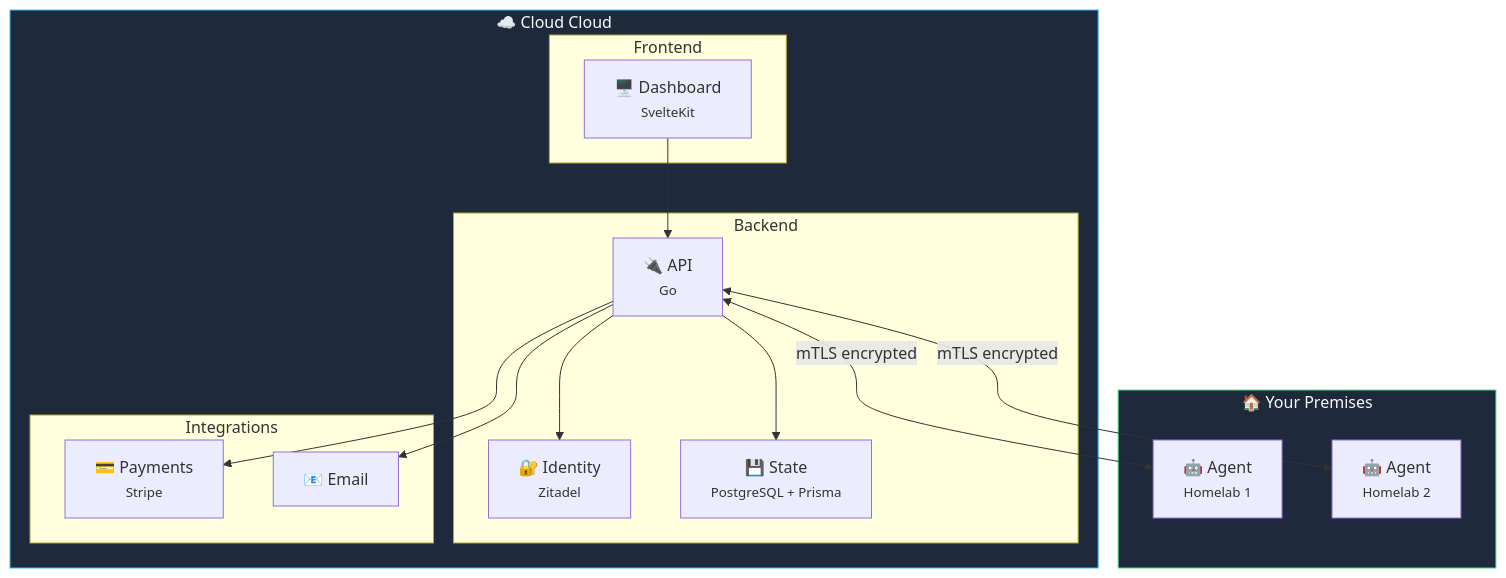
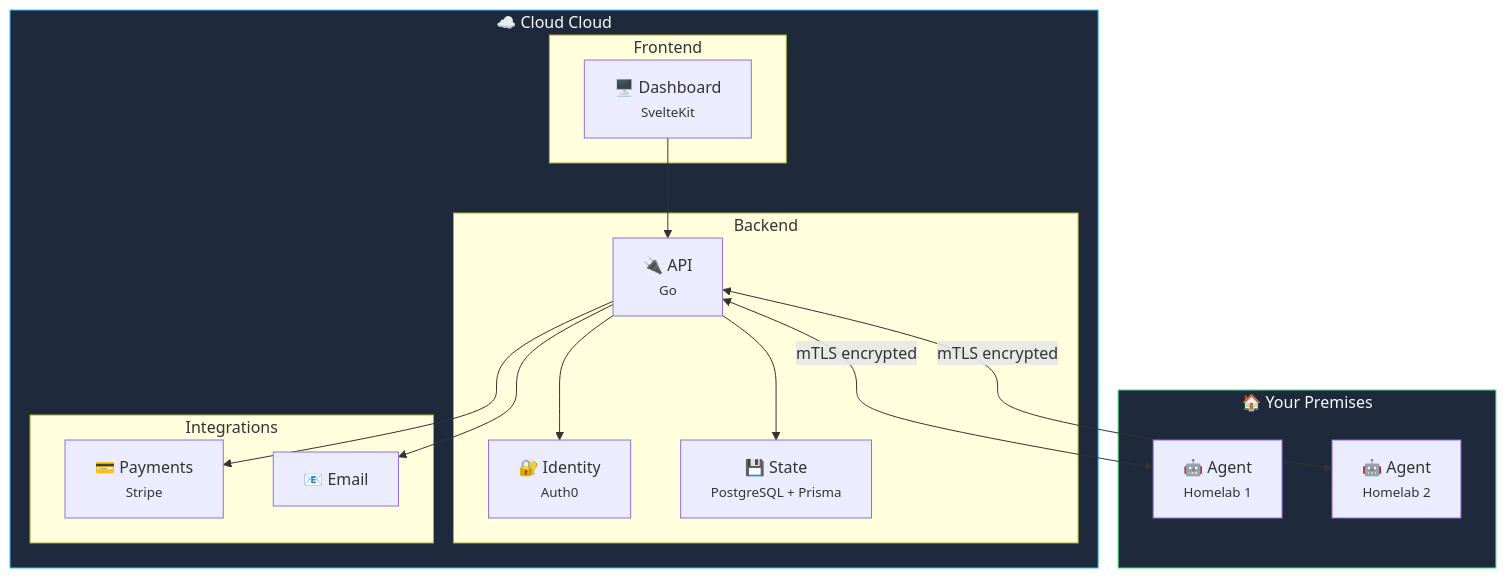
One commit to KombiverseLabs/docs changed the second of 4 diagrams in cloud/overview.mdx. Above: the diagram before and after it, drawn with Mermaid. The commit also changed other lines of this file and 18 other files, not shown here.

Commit message:
docs: migrate identity docs to auth0

````diff
--- a/cloud/overview.mdx
+++ b/cloud/overview.mdx
@@ -119,36 +119,36 @@
 ```mermaid
 graph TB
     subgraph Cloud["☁️ Cloud Cloud"]
         subgraph Frontend["Frontend"]
             SvelteKit["🖥️ Dashboard<br/><small>SvelteKit</small>"]
         end
         
         subgraph Backend["Backend"]
             API["🔌 API<br/><small>Go</small>"]
-            Auth["🔐 Identity<br/><small>Zitadel</small>"]
+            Auth["🔐 Identity<br/><small>Auth0</small>"]
             PB["💾 State<br/><small>PostgreSQL + Prisma</small>"]
         end
         
         subgraph Integrations["Integrations"]
             Stripe["💳 Payments<br/><small>Stripe</small>"]
             SMTP["📧 Email"]
         end
     end
     
     subgraph OnPrem["🏠 Your Premises"]
         Agent1["🤖 Agent<br/><small>Homelab 1</small>"]
         Agent2["🤖 Agent<br/><small>Homelab 2</small>"]
     end
     
     SvelteKit --> API
     API --> Auth
     API --> PB
     API --> Stripe
     API --> SMTP
     
     API <-->|"mTLS encrypted"| Agent1
     API <-->|"mTLS encrypted"| Agent2
     
     style Cloud fill:#1e293b,stroke:#38bdf8,color:#f8fafc
     style OnPrem fill:#1e293b,stroke:#4ade80,color:#f8fafc
 ```
````
